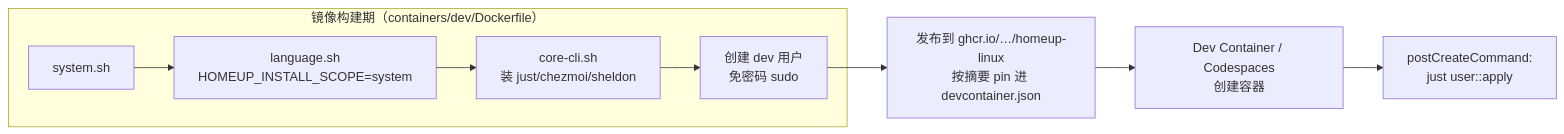
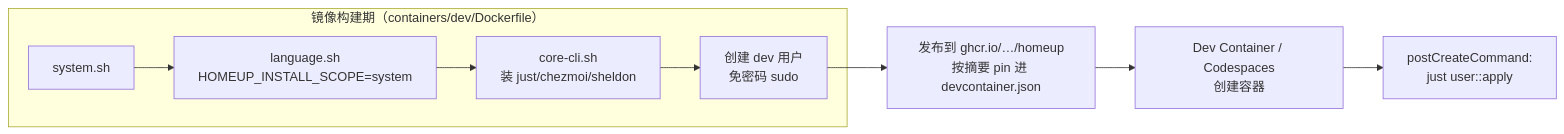
One commit to zopiya/homeup changed the sixth of 6 diagrams in docs/architecture.md. Above: the diagram before and after it, drawn with Mermaid. The commit also changed other lines of this file and 14 other files, not shown here.

````diff
--- a/docs/architecture.md
+++ b/docs/architecture.md
@@ -147,11 +147,11 @@
 ```mermaid
 flowchart LR
     subgraph Build["镜像构建期（containers/dev/Dockerfile）"]
         A["system.sh"] --> B["language.sh\nHOMEUP_INSTALL_SCOPE=system"]
         B --> C["core-cli.sh\n装 just/chezmoi/sheldon"]
         C --> D["创建 dev 用户\n免密码 sudo"]
     end
-    D --> E["发布到 ghcr.io/…/homeup-linux\n按摘要 pin 进 devcontainer.json"]
+    D --> E["发布到 ghcr.io/…/homeup\n按摘要 pin 进 devcontainer.json"]
     E --> F["Dev Container / Codespaces\n创建容器"]
     F --> G["postCreateCommand:\njust user::apply"]
 ```
````
